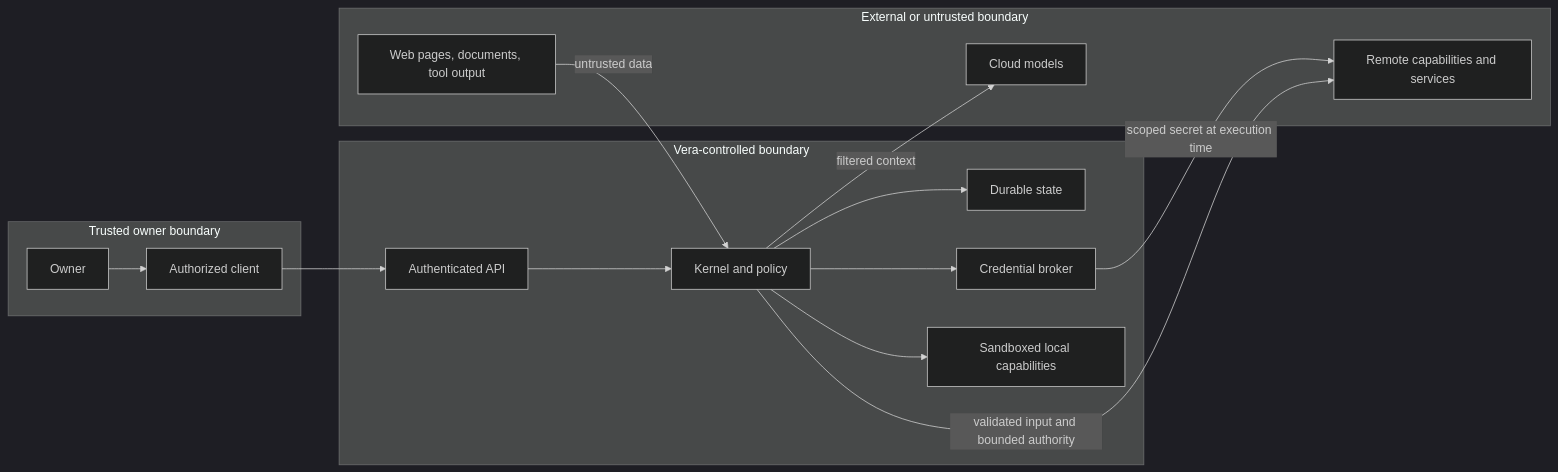
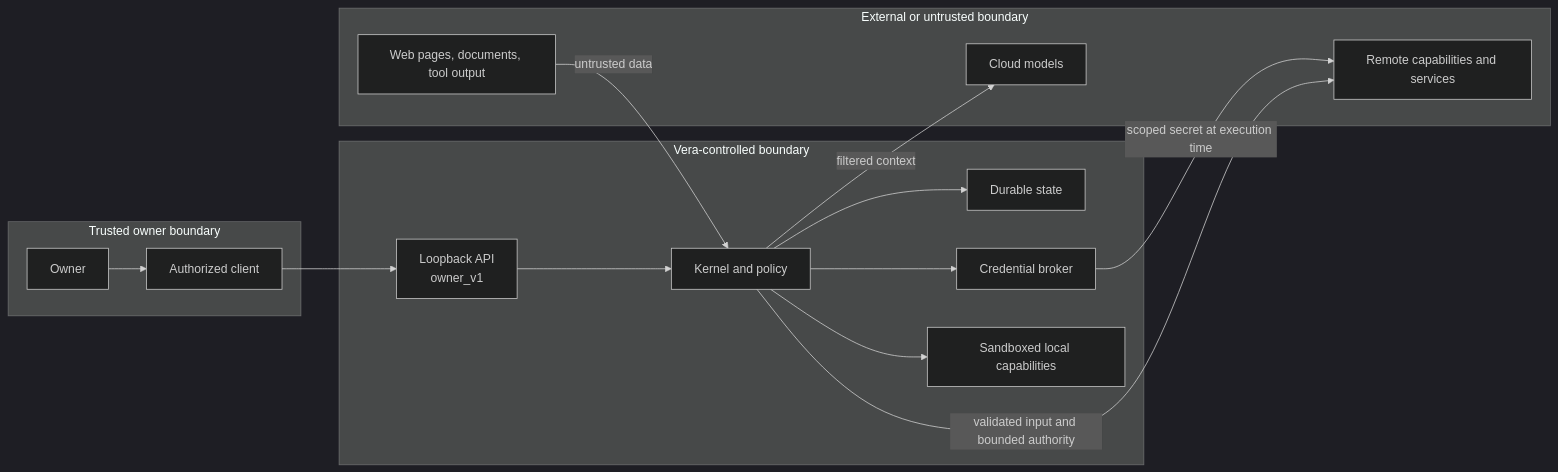
Before and after one commit to 4romgod/vera: the first of 3 diagrams in docs/security-and-trust.md, drawn with Mermaid (dark theme). The commit also changed other lines of this file and 40 other files, not shown here.

````diff
--- a/docs/security-and-trust.md
+++ b/docs/security-and-trust.md
@@ -26,30 +27,30 @@
 ```mermaid
 flowchart LR
     subgraph Owner["Trusted owner boundary"]
         USER["Owner"]
         CLIENT["Authorized client"]
     end
 
     subgraph Vera["Vera-controlled boundary"]
-        API["Authenticated API"]
+        API["Loopback API<br/>owner_v1"]
         KERNEL["Kernel and policy"]
         STORE["Durable state"]
         BROKER["Credential broker"]
         LOCAL["Sandboxed local capabilities"]
     end
 
     subgraph Untrusted["External or untrusted boundary"]
         CLOUD["Cloud models"]
         CONTENT["Web pages, documents, tool output"]
         REMOTE["Remote capabilities and services"]
     end
 
     USER --> CLIENT --> API --> KERNEL
     KERNEL --> STORE
     KERNEL --> BROKER
     KERNEL --> LOCAL
     KERNEL -->|"filtered context"| CLOUD
     CONTENT -->|"untrusted data"| KERNEL
     BROKER -->|"scoped secret at execution time"| REMOTE
     KERNEL -->|"validated input and bounded authority"| REMOTE
 ```
````
